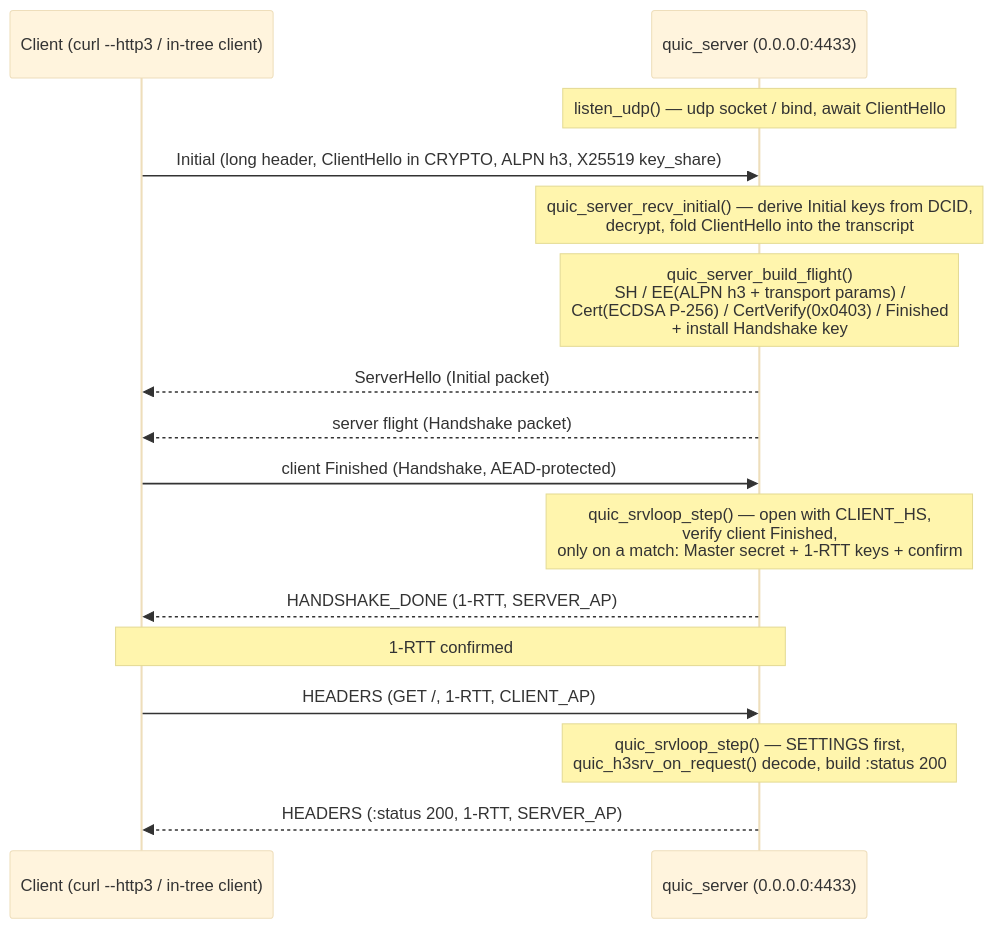
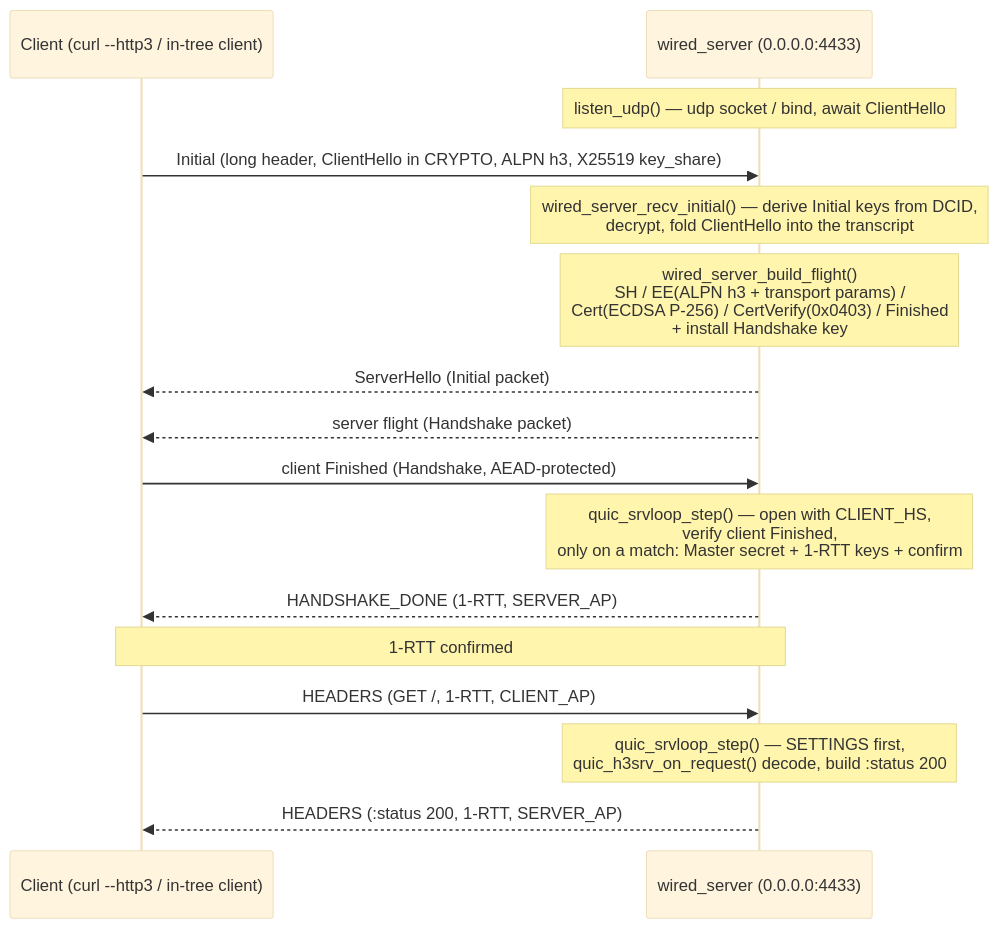
The diagram in examples/word_list/README.md (Hakkadaikon/wired), drawn with Mermaid (base theme) before and after one commit. The commit also changed other lines of this file and 26 other files, not shown here.

First line of the commit message:
refactor(server): rename public API to wired_ prefix

````diff
--- a/examples/word_list/README.md
+++ b/examples/word_list/README.md
@@ -53,19 +53,19 @@
 ```mermaid
 sequenceDiagram
     participant C as Client (curl --http3 / in-tree client)
-    participant S as quic_server (0.0.0.0:4433)
+    participant S as wired_server (0.0.0.0:4433)
 
     Note over S: listen_udp() — udp socket / bind, await ClientHello
     C->>S: Initial (long header, ClientHello in CRYPTO, ALPN h3, X25519 key_share)
-    Note over S: quic_server_recv_initial() — derive Initial keys from DCID,<br/>decrypt, fold ClientHello into the transcript
-    Note over S: quic_server_build_flight()<br/>SH / EE(ALPN h3 + transport params) /<br/>Cert(ECDSA P-256) / CertVerify(0x0403) / Finished<br/>+ install Handshake key
+    Note over S: wired_server_recv_initial() — derive Initial keys from DCID,<br/>decrypt, fold ClientHello into the transcript
+    Note over S: wired_server_build_flight()<br/>SH / EE(ALPN h3 + transport params) /<br/>Cert(ECDSA P-256) / CertVerify(0x0403) / Finished<br/>+ install Handshake key
     S-->>C: ServerHello (Initial packet)
     S-->>C: server flight (Handshake packet)
     C->>S: client Finished (Handshake, AEAD-protected)
     Note over S: quic_srvloop_step() — open with CLIENT_HS,<br/>verify client Finished,<br/>only on a match: Master secret + 1-RTT keys + confirm
     S-->>C: HANDSHAKE_DONE (1-RTT, SERVER_AP)
     Note over S,C: 1-RTT confirmed
     C->>S: HEADERS (GET /, 1-RTT, CLIENT_AP)
     Note over S: quic_srvloop_step() — SETTINGS first,<br/>quic_h3srv_on_request() decode, build :status 200
     S-->>C: HEADERS (:status 200, 1-RTT, SERVER_AP)
 ```
````
